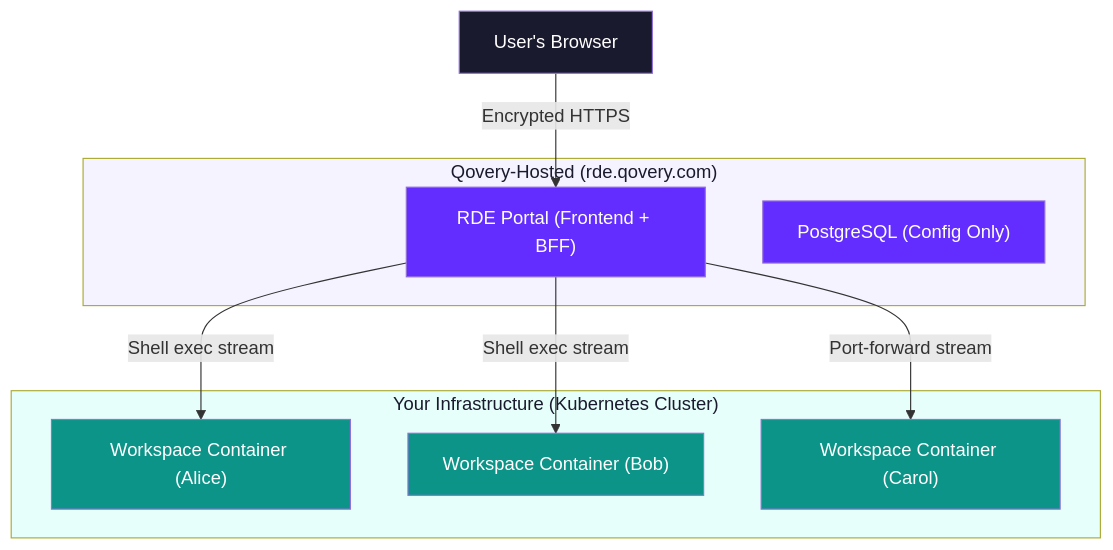
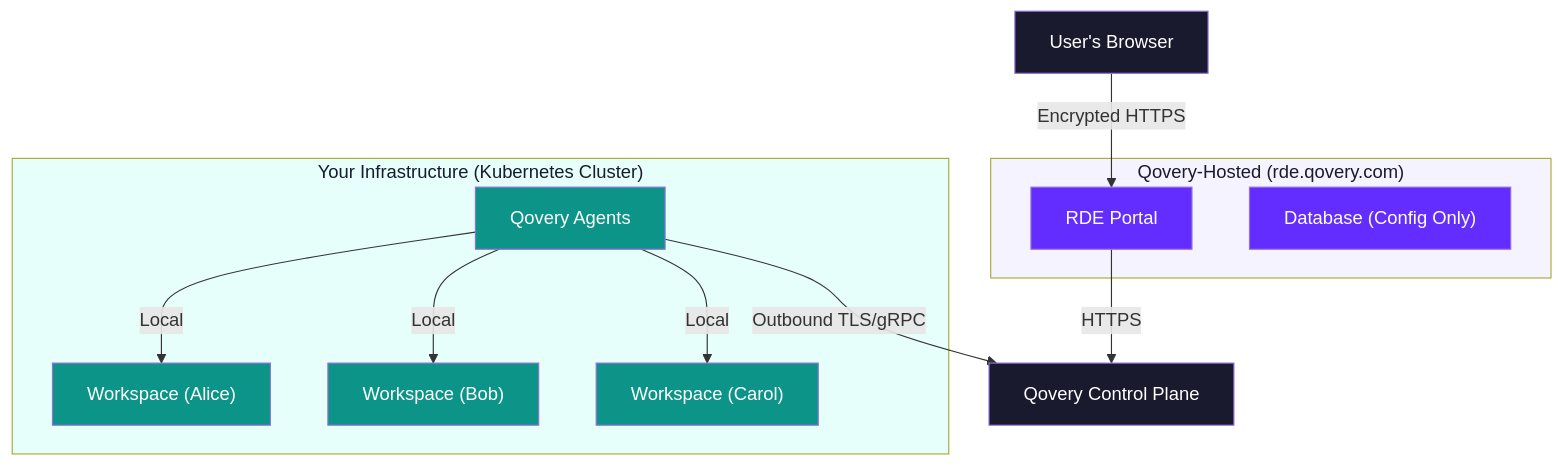
One commit to Qovery/documentation changed the first of 3 diagrams in docs/rde/reference/security.mdx. Above: the diagram before and after it, drawn with Mermaid. The commit also changed other lines of this file and 3 other files, not shown here.

````diff
--- a/docs/rde/reference/security.mdx
+++ b/docs/rde/reference/security.mdx
@@ -20,27 +22,32 @@
 ```mermaid
 flowchart TB
     subgraph Qovery["Qovery-Hosted (rde.qovery.com)"]
-        Portal["RDE Portal (Frontend + BFF)"]
-        DB["PostgreSQL (Config Only)"]
+        Portal["RDE Portal"]
+        DB["Database (Config Only)"]
     end
 
     subgraph YourInfra["Your Infrastructure (Kubernetes Cluster)"]
-        WS1["Workspace Container (Alice)"]
-        WS2["Workspace Container (Bob)"]
-        WS3["Workspace Container (Carol)"]
+        Agents["Qovery Agents"]
+        WS1["Workspace (Alice)"]
+        WS2["Workspace (Bob)"]
+        WS3["Workspace (Carol)"]
     end
 
     Browser["User's Browser"] -->|"Encrypted HTTPS"| Portal
-    Portal -->|"Shell exec stream"| WS1
-    Portal -->|"Shell exec stream"| WS2
-    Portal -->|"Port-forward stream"| WS3
+    Portal -->|"HTTPS"| CP["Qovery Control Plane"]
+    Agents -->|"Outbound TLS/gRPC"| CP
+    Agents -->|"Local"| WS1
+    Agents -->|"Local"| WS2
+    Agents -->|"Local"| WS3
 
     style Qovery fill:#f5f3ff,color:#1a1a2e
     style YourInfra fill:#e6fffa,color:#1a1a2e
     style Portal fill:#642DFF,color:#fff
     style DB fill:#642DFF,color:#fff
+    style CP fill:#1a1a2e,color:#fff
+    style Agents fill:#0d9488,color:#fff
     style WS1 fill:#0d9488,color:#fff
     style WS2 fill:#0d9488,color:#fff
     style WS3 fill:#0d9488,color:#fff
     style Browser fill:#1a1a2e,color:#fff
 ```
````
